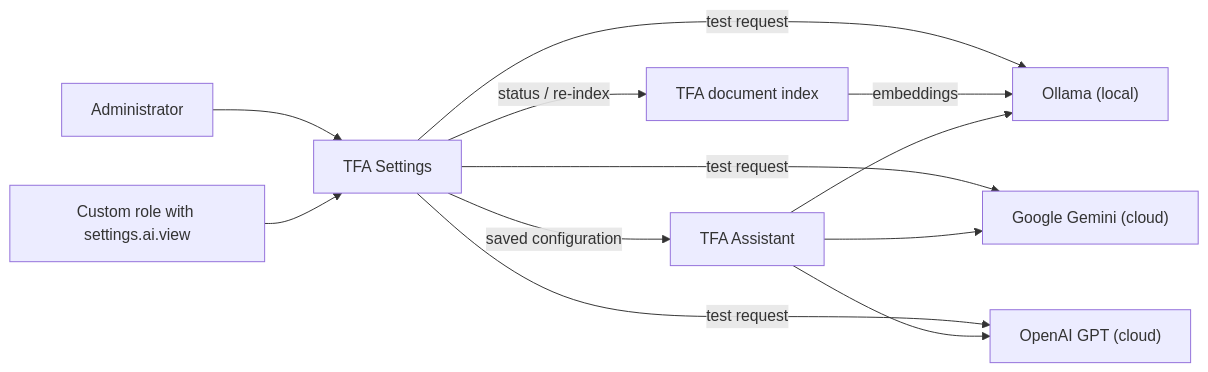
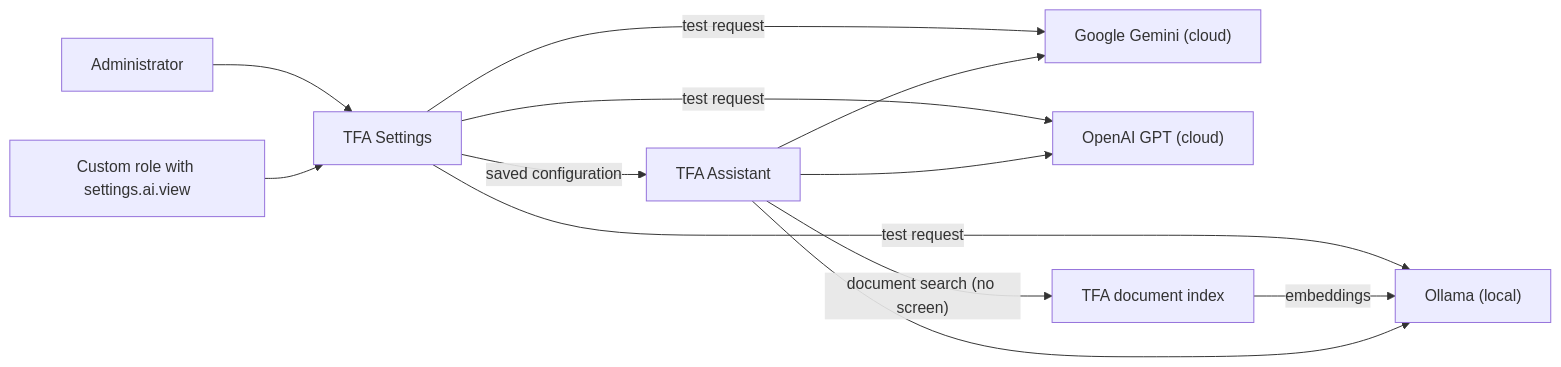
One commit to jojogeorge3344/TaskFlow-Project changed the first of 6 diagrams in TF - Documents/TF - FRD/06-Settings/06.3-TFA-Settings/FRD-TFA-Settings.md. Above: the diagram before and after it, drawn with Mermaid. The commit also changed other lines of this file and 103 other files, not shown here.

````diff
--- a/TF - Documents/TF - FRD/06-Settings/06.3-TFA-Settings/FRD-TFA-Settings.md
+++ b/TF - Documents/TF - FRD/06-Settings/06.3-TFA-Settings/FRD-TFA-Settings.md
@@ -94,14 +105,14 @@
 ```mermaid
 flowchart LR
   U1["Administrator"] --> S["TFA Settings"]
   U2["Custom role with settings.ai.view"] --> S
   S -- "saved configuration" --> T["TFA Assistant"]
   S -- "test request" --> O["Ollama (local)"]
   S -- "test request" --> G["Google Gemini (cloud)"]
   S -- "test request" --> P["OpenAI GPT (cloud)"]
-  S -- "status / re-index" --> D["TFA document index"]
+  T -- "document search (no screen)" --> D["TFA document index"]
   D -- "embeddings" --> O
   T --> O
   T --> G
   T --> P
 ```
````
